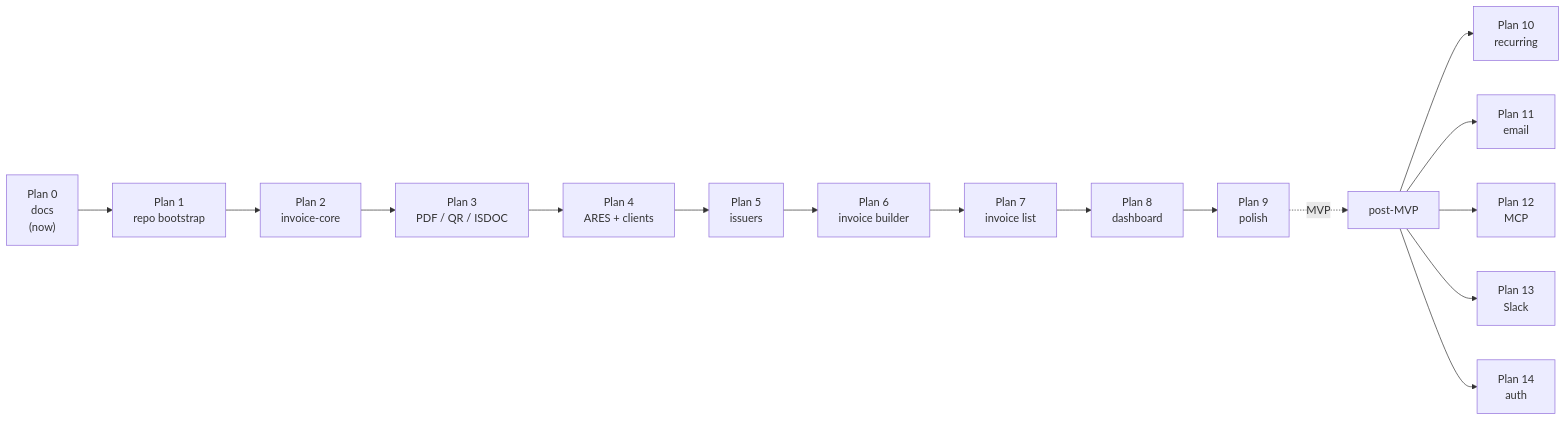
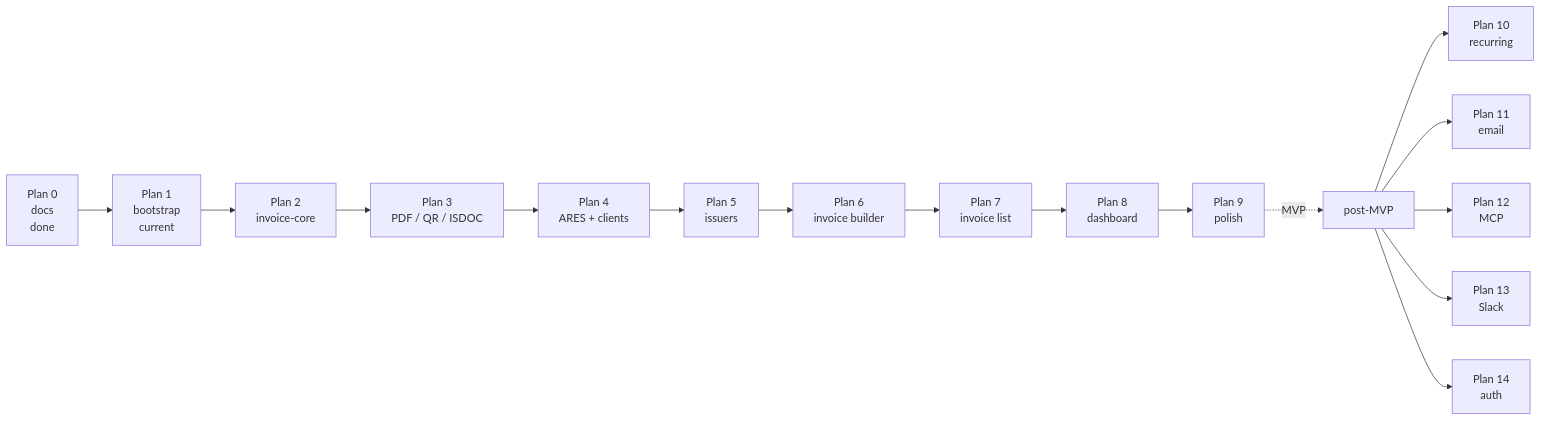
The diagram in docs/roadmap.md (filipditrich/inveoiceyai), drawn with Mermaid before and after one commit. The commit also changed other lines of this file and 5 other files, not shown here.

````diff
--- a/docs/roadmap.md
+++ b/docs/roadmap.md
@@ -7,18 +7,18 @@
 ```mermaid
 flowchart LR
-    P0["Plan 0<br/>docs<br/>(now)"] --> P1["Plan 1<br/>repo bootstrap"]
+    P0["Plan 0<br/>docs<br/>done"] --> P1["Plan 1<br/>bootstrap<br/>current"]
     P1 --> P2["Plan 2<br/>invoice-core"]
     P2 --> P3["Plan 3<br/>PDF / QR / ISDOC"]
     P3 --> P4["Plan 4<br/>ARES + clients"]
     P4 --> P5["Plan 5<br/>issuers"]
     P5 --> P6["Plan 6<br/>invoice builder"]
     P6 --> P7["Plan 7<br/>invoice list"]
     P7 --> P8["Plan 8<br/>dashboard"]
     P8 --> P9["Plan 9<br/>polish"]
     P9 -.MVP.-> Post["post-MVP"]
     Post --> P10["Plan 10<br/>recurring"]
     Post --> P11["Plan 11<br/>email"]
     Post --> P12["Plan 12<br/>MCP"]
     Post --> P13["Plan 13<br/>Slack"]
     Post --> P14["Plan 14<br/>auth"]
 ```
````
